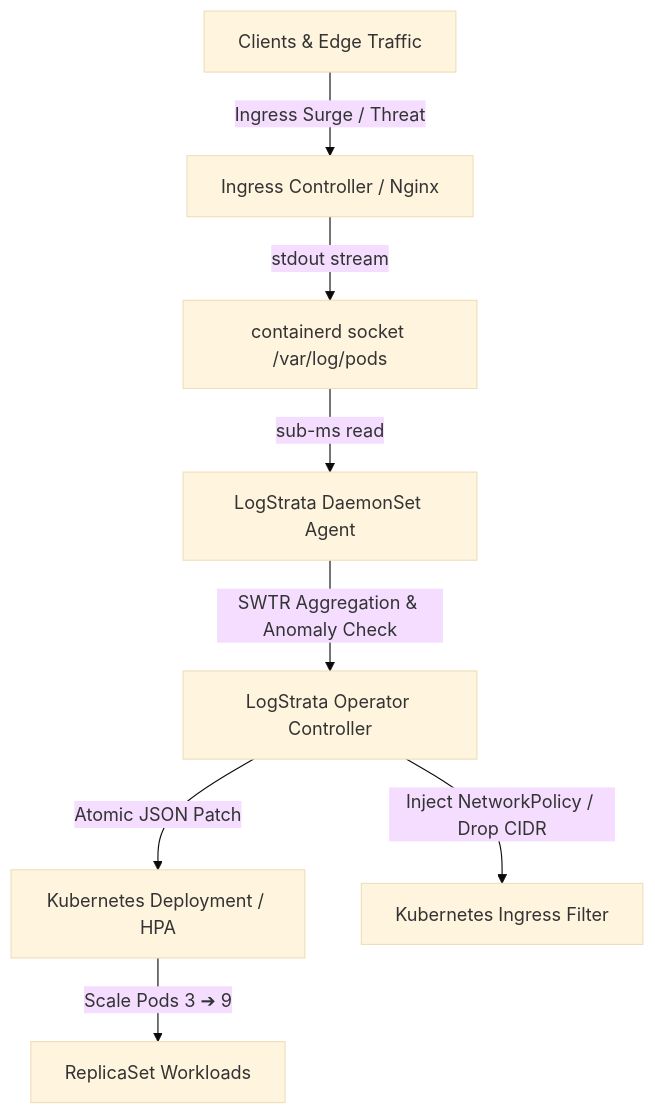
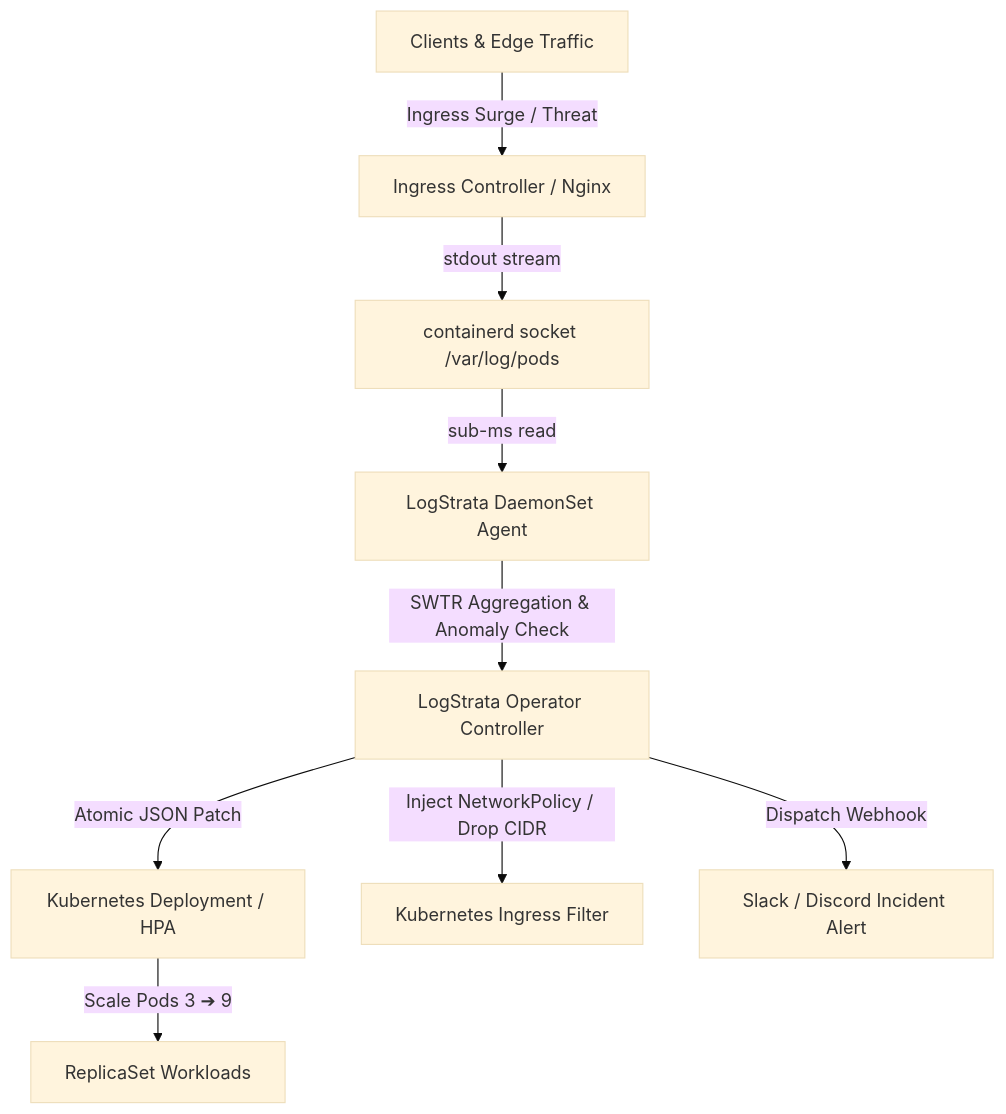
Before and after one commit to Rishav-sy/LogStrata: the diagram in README.md, drawn with Mermaid (base theme). The commit also changed other lines of this file and 34 other files, not shown here.

````diff
--- a/README.md
+++ b/README.md
@@ -33,10 +62,11 @@
 ```mermaid
 graph TD
     A[Clients & Edge Traffic] -->|Ingress Surge / Threat| B[Ingress Controller / Nginx]
     B -->|stdout stream| C[containerd socket /var/log/pods]
     C -->|sub-ms read| D[LogStrata DaemonSet Agent]
     D -->|SWTR Aggregation & Anomaly Check| E[LogStrata Operator Controller]
     E -->|Atomic JSON Patch| F[Kubernetes Deployment / HPA]
     F -->|Scale Pods 3 ➔ 9| G[ReplicaSet Workloads]
     E -->|Inject NetworkPolicy / Drop CIDR| H[Kubernetes Ingress Filter]
+    E -->|Dispatch Webhook| I[Slack / Discord Incident Alert]
 ```
````
